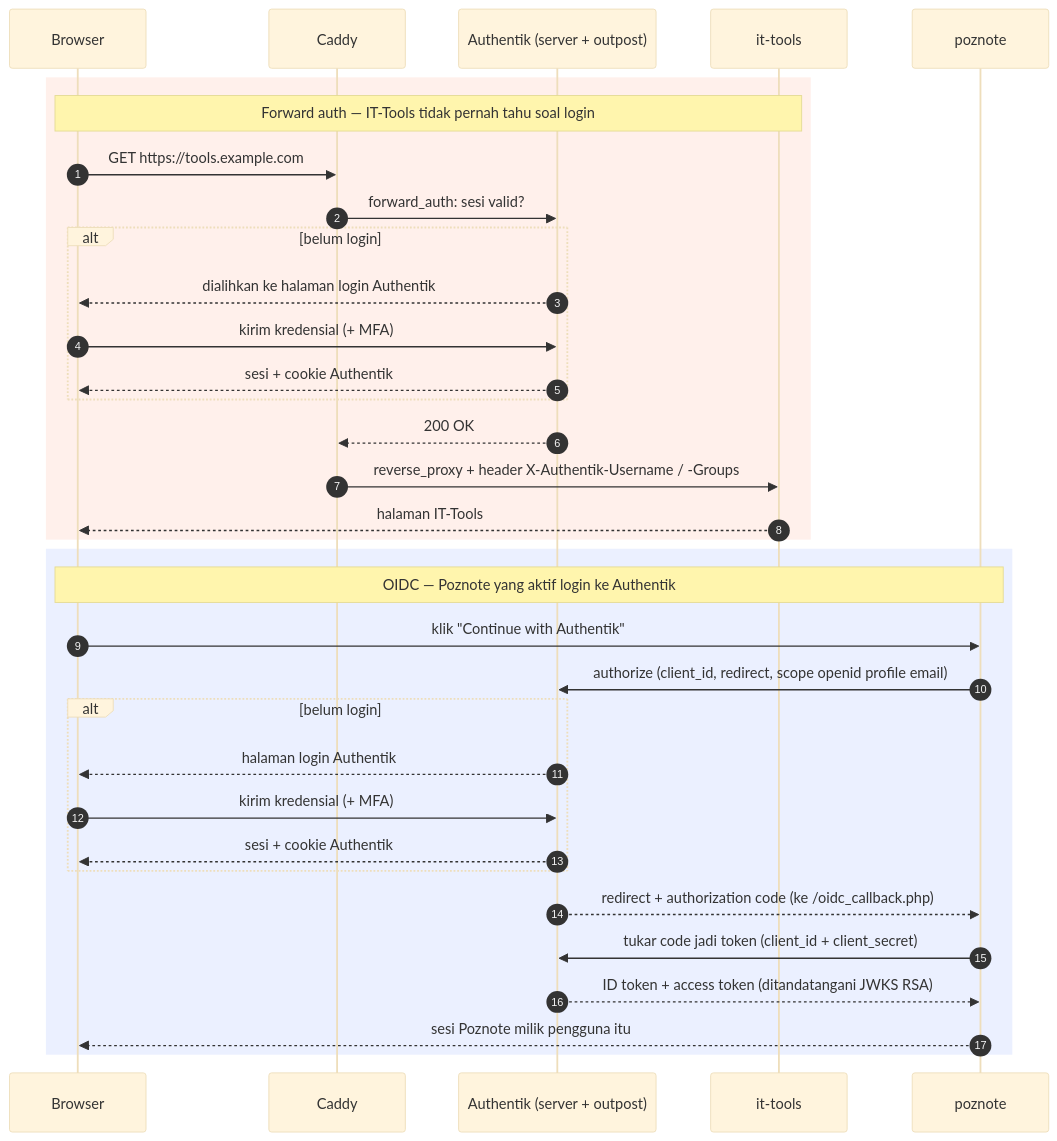
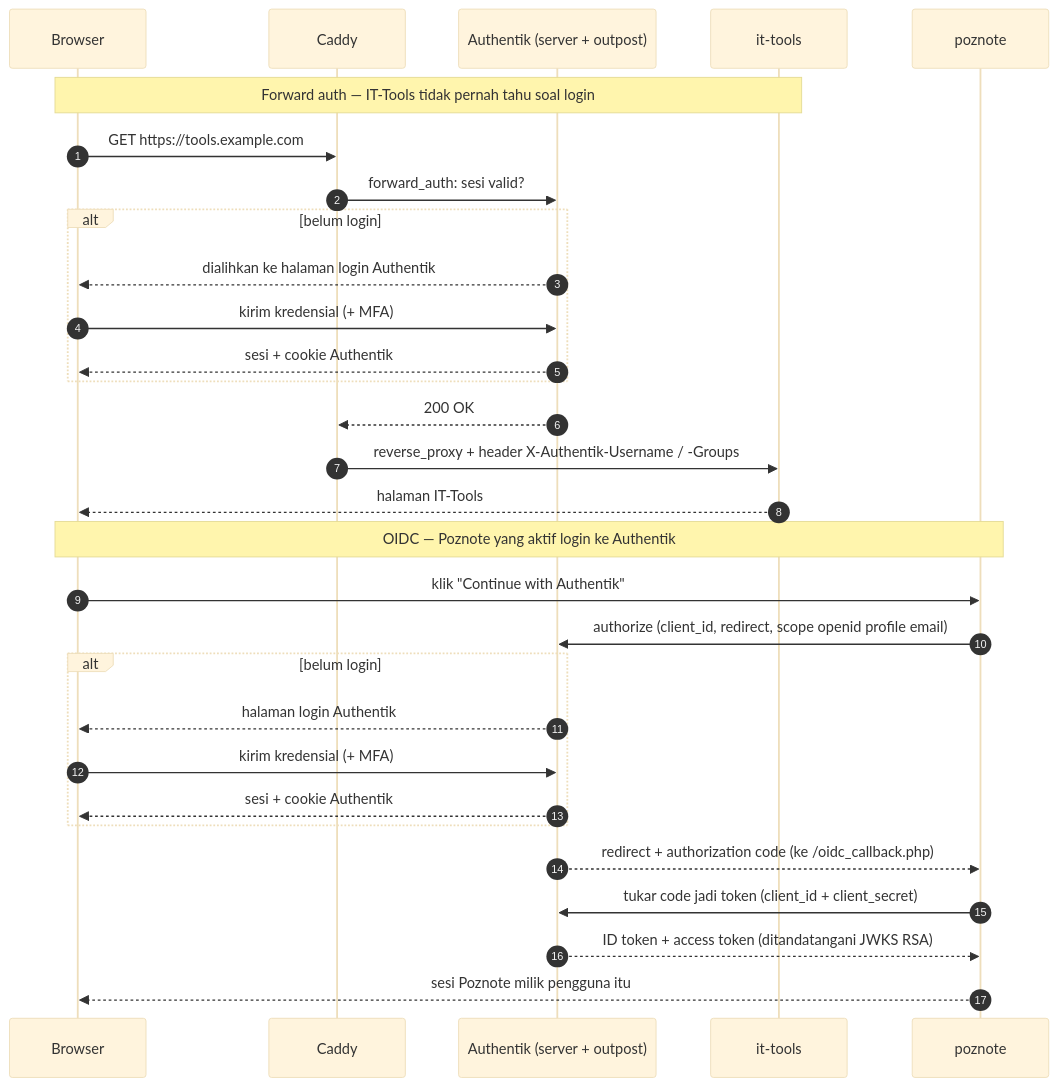
Before and after one commit to nandazahran/authentik: the second of 2 diagrams in README.md, drawn with Mermaid (base theme). The commit also changed other lines of this file, not shown here.

Commit message:
diagram update

````diff
--- a/README.md
+++ b/README.md
@@ -110,38 +147,34 @@
 ```mermaid
 sequenceDiagram
     autonumber
     participant B as Browser
     participant C as Caddy
     participant A as Authentik (server + outpost)
     participant T as it-tools
     participant P as poznote
 
-    rect rgb(255,240,235)
     Note over B,T: Forward auth — IT-Tools tidak pernah tahu soal login
     B->>C: GET https://tools.example.com
     C->>A: forward_auth: sesi valid?
     alt belum login
         A-->>B: dialihkan ke halaman login Authentik
         B->>A: kirim kredensial (+ MFA)
         A-->>B: sesi + cookie Authentik
     end
     A-->>C: 200 OK
     C->>T: reverse_proxy + header X-Authentik-Username / -Groups
     T-->>B: halaman IT-Tools
-    end
 
-    rect rgb(235,240,255)
     Note over B,P: OIDC — Poznote yang aktif login ke Authentik
     B->>P: klik "Continue with Authentik"
     P->>A: authorize (client_id, redirect, scope openid profile email)
     alt belum login
         A-->>B: halaman login Authentik
         B->>A: kirim kredensial (+ MFA)
         A-->>B: sesi + cookie Authentik
     end
     A-->>P: redirect + authorization code (ke /oidc_callback.php)
     P->>A: tukar code jadi token (client_id + client_secret)
     A-->>P: ID token + access token (ditandatangani JWKS RSA)
     P-->>B: sesi Poznote milik pengguna itu
-    end
 ```
````
